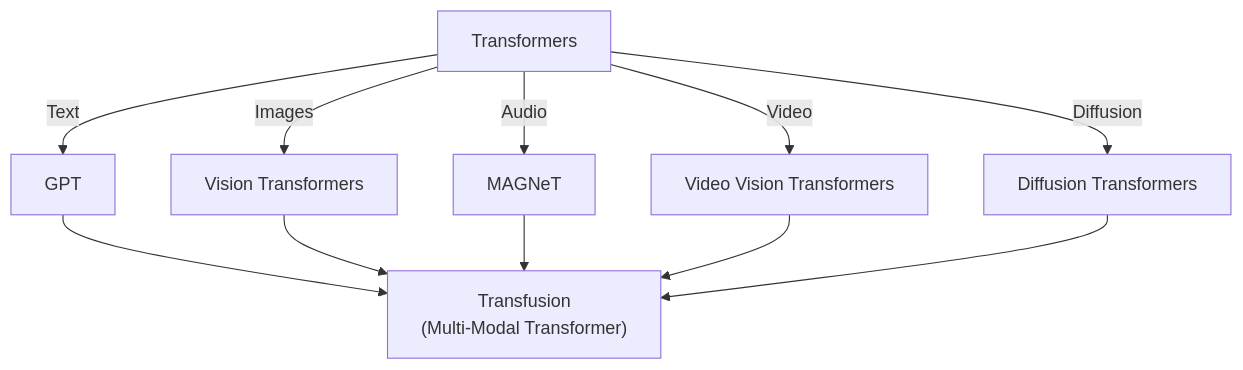
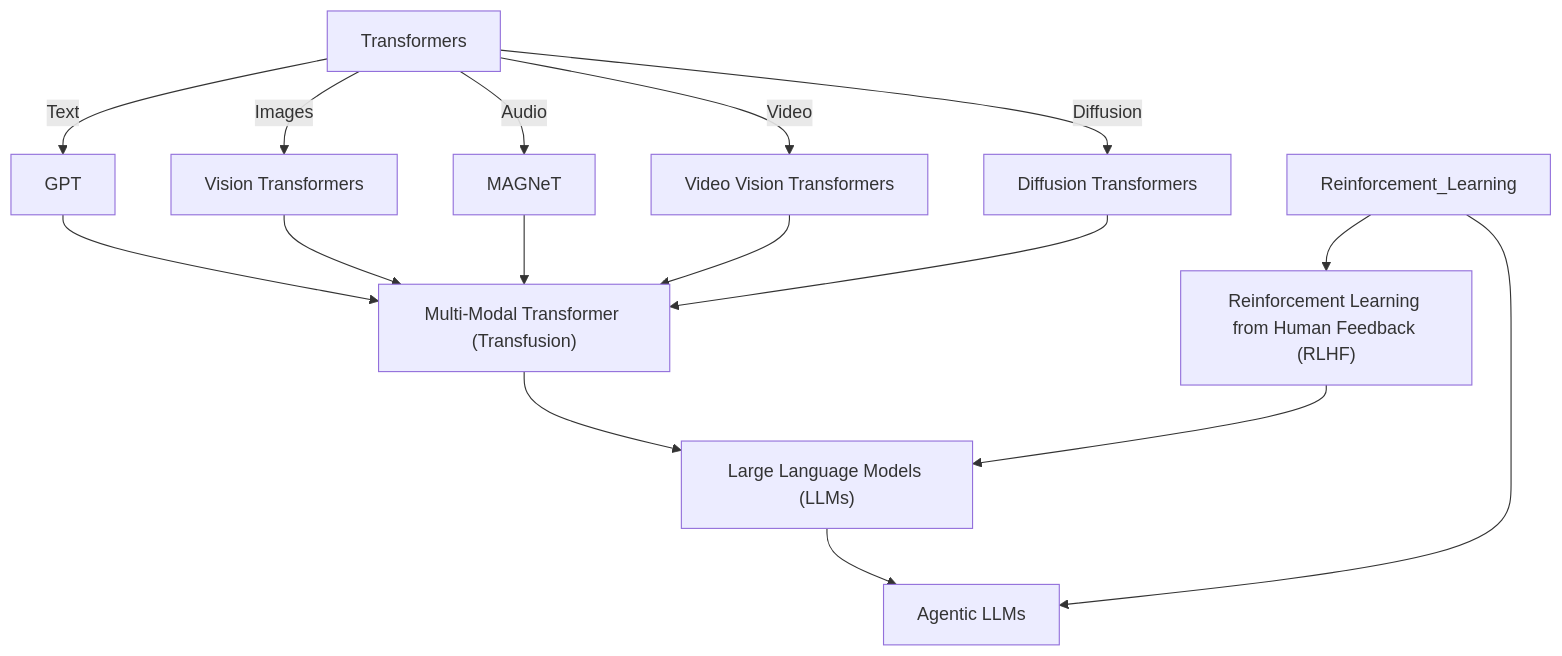
One commit to VachanVY/VachanVY changed the diagram in README.md. Above: the diagram before and after it, drawn with Mermaid.

````diff
--- a/README.md
+++ b/README.md
@@ -32,16 +32,22 @@
 ```mermaid
 graph TD;
     Transformers -->|Text| GPT;
     Transformers -->|Images| Vision_Transformers["Vision Transformers"];
     Transformers -->|Audio| MAGNeT["MAGNeT"];
     Transformers --> |Video| Video_Vision_Transformers["Video Vision Transformers"];
     Transformers -->|Diffusion| Diffusion_Transformers["Diffusion Transformers"];
 
-    GPT --> Multi_Modal_Transformers["Transfusion
-(Multi-Modal Transformer)"];
+    GPT --> Multi_Modal_Transformers["Multi-Modal Transformer (Transfusion)"];
     Vision_Transformers --> Multi_Modal_Transformers;
     MAGNeT --> Multi_Modal_Transformers;
-    Video_Vision_Transformers --> Multi_Modal_Transformers
-    Diffusion_Transformers --> Multi_Modal_Transformers
+    Video_Vision_Transformers --> Multi_Modal_Transformers;
+    Diffusion_Transformers --> Multi_Modal_Transformers;
 
+    Multi_Modal_Transformers --> LLMs["Large Language Models (LLMs)"];
+    RLHF["Reinforcement Learning from Human Feedback (RLHF)"] --> LLMs;
+
+    Reinforcement_Learning --> RLHF;
+
+    LLMs --> Agentic_LLMs["Agentic LLMs"];
+    Reinforcement_Learning --> Agentic_LLMs;
 ```
````
